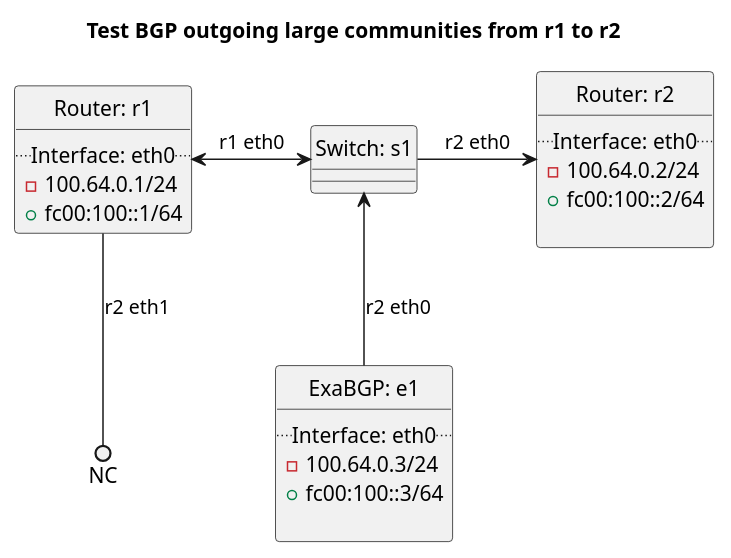
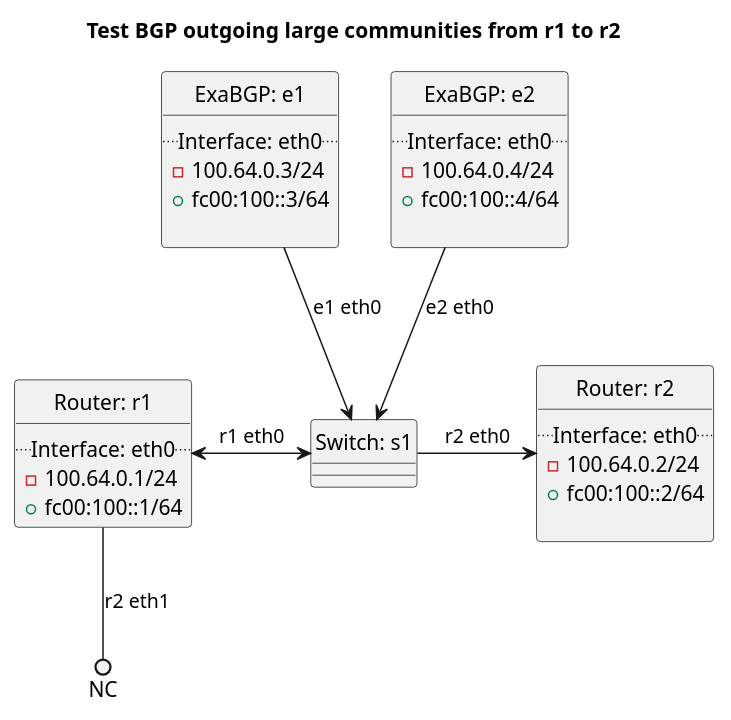
The diagram in tests/t40_bgp/t56_outgoing_large_communities/README.md (oscdev-io/birdplan), drawn with PlantUML before and after one commit. The commit also changed other lines of this file and 1553 other files, not shown here.

````diff
--- a/tests/t40_bgp/t56_outgoing_large_communities/README.md
+++ b/tests/t40_bgp/t56_outgoing_large_communities/README.md
@@ -50,39 +40,45 @@
 ```plantuml
 @startuml
 hide circle
 title Test BGP outgoing large communities from r1 to r2
 
 
 class "Router: r1" {
   .. Interface: eth0 ..
 - 100.64.0.1/24
 + fc00:100::1/64
 }
 
 
 class "Router: r2" {
   .. Interface: eth0 ..
 - 100.64.0.2/24
 + fc00:100::2/64
 
 }
 
 class "ExaBGP: e1" {
   .. Interface: eth0 ..
 - 100.64.0.3/24
 + fc00:100::3/64
 
 }
 
+class "ExaBGP: e2" {
+  .. Interface: eth0 ..
+- 100.64.0.4/24
++ fc00:100::4/64
+
+}
 
 class "Switch: s1" {}
 
-
+"ExaBGP: e1" -down-> "Switch: s1": e1 eth0
+"ExaBGP: e2" -down-> "Switch: s1": e2 eth0
 "Router: r1" <-> "Switch: s1": r1 eth0
 "Switch: s1" -> "Router: r2": r2 eth0
-"Switch: s1" <-down- "ExaBGP: e1": r2 eth0
 "Router: r1" --() NC: r2 eth1
 
 
 @enduml
 ```
````
